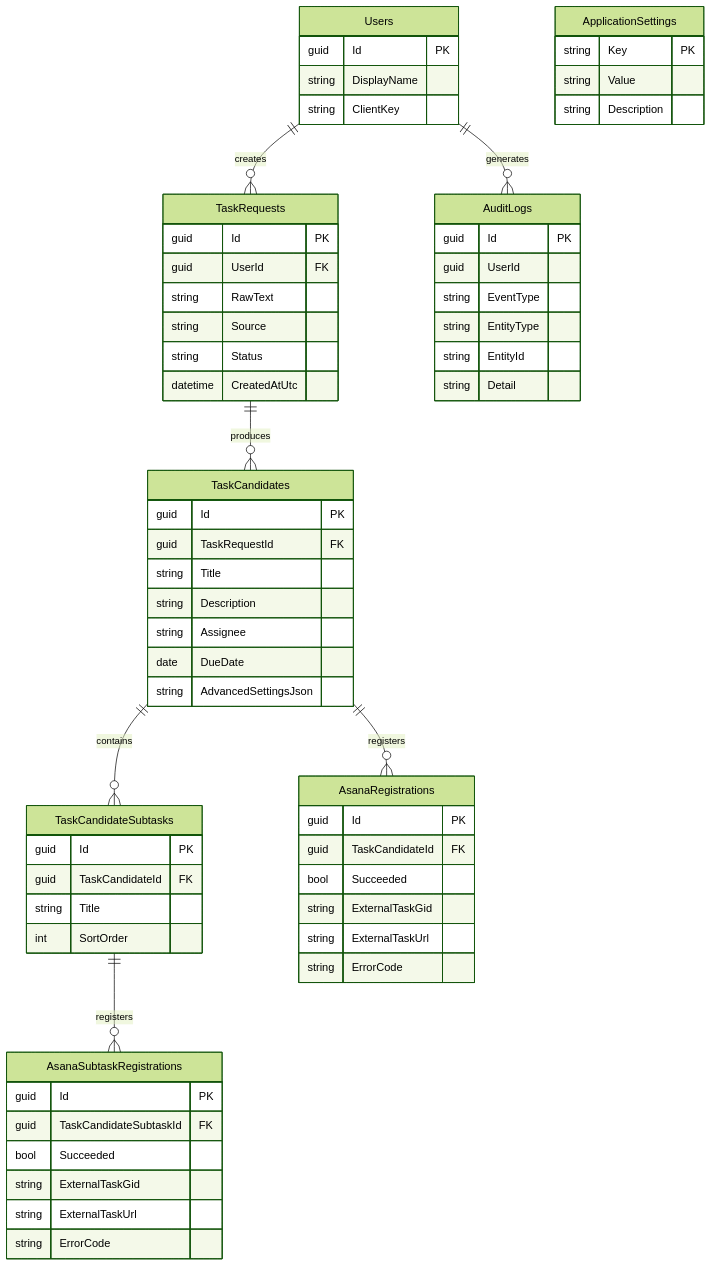
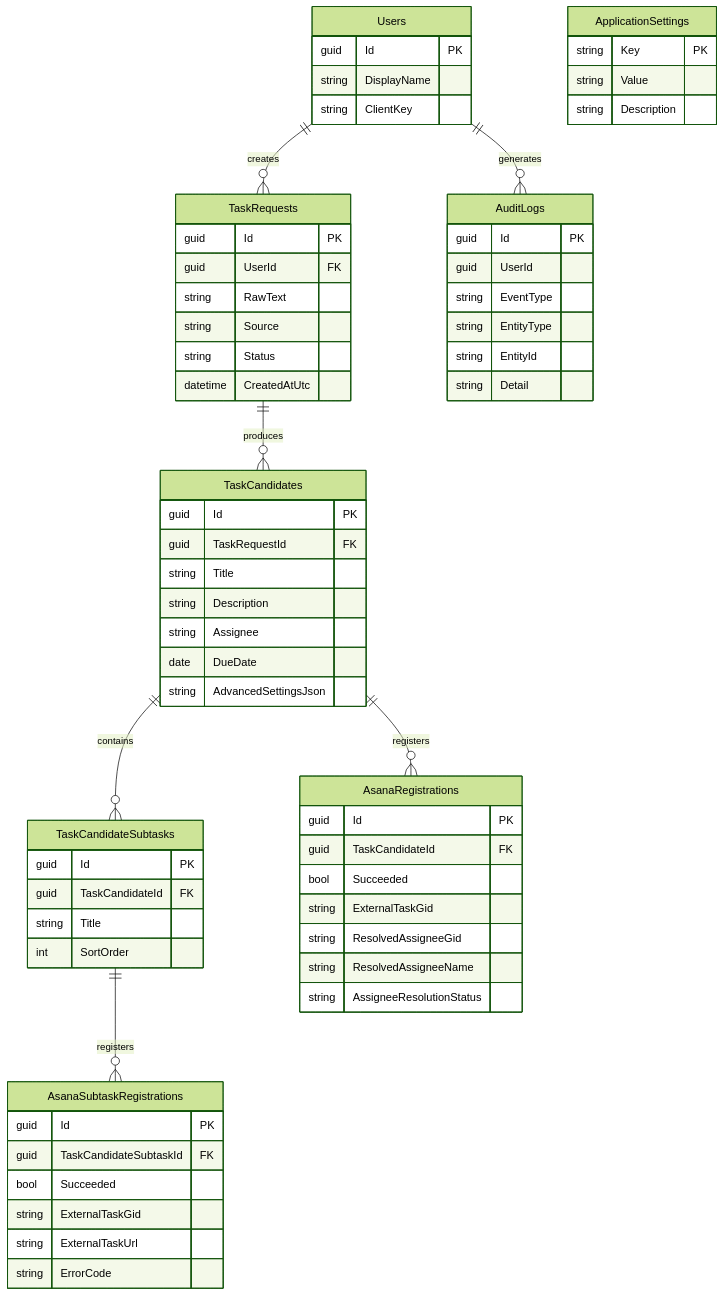
The second of 3 diagrams in ARCHITECTURE.md (onishichimaki/Asana_App), drawn with Mermaid (forest theme) before and after one commit. The commit also changed other lines of this file and 20 other files, not shown here.

````diff
--- a/ARCHITECTURE.md
+++ b/ARCHITECTURE.md
@@ -50,18 +50,18 @@
 ```mermaid
 erDiagram
     Users ||--o{ TaskRequests : creates
     TaskRequests ||--o{ TaskCandidates : produces
     TaskCandidates ||--o{ TaskCandidateSubtasks : contains
     TaskCandidates ||--o{ AsanaRegistrations : registers
     TaskCandidateSubtasks ||--o{ AsanaSubtaskRegistrations : registers
     Users ||--o{ AuditLogs : generates
 
     Users { guid Id PK string DisplayName string ClientKey }
     TaskRequests { guid Id PK guid UserId FK string RawText string Source string Status datetime CreatedAtUtc }
     TaskCandidates { guid Id PK guid TaskRequestId FK string Title string Description string Assignee date DueDate string AdvancedSettingsJson }
     TaskCandidateSubtasks { guid Id PK guid TaskCandidateId FK string Title int SortOrder }
-    AsanaRegistrations { guid Id PK guid TaskCandidateId FK bool Succeeded string ExternalTaskGid string ExternalTaskUrl string ErrorCode }
+    AsanaRegistrations { guid Id PK guid TaskCandidateId FK bool Succeeded string ExternalTaskGid string ResolvedAssigneeGid string ResolvedAssigneeName string AssigneeResolutionStatus }
     AsanaSubtaskRegistrations { guid Id PK guid TaskCandidateSubtaskId FK bool Succeeded string ExternalTaskGid string ExternalTaskUrl string ErrorCode }
     ApplicationSettings { string Key PK string Value string Description }
     AuditLogs { guid Id PK guid UserId string EventType string EntityType string EntityId string Detail }
 ```
````
